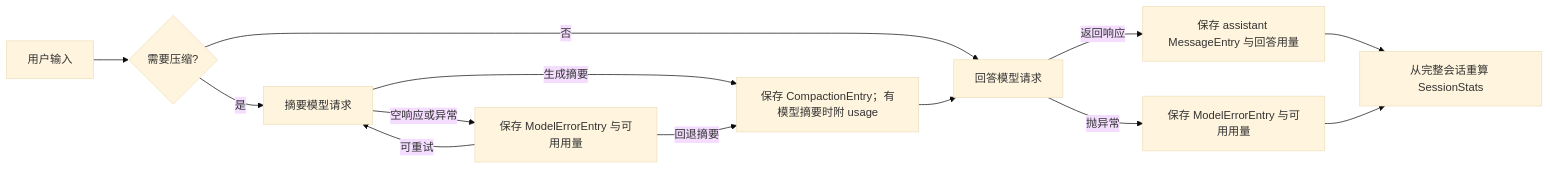
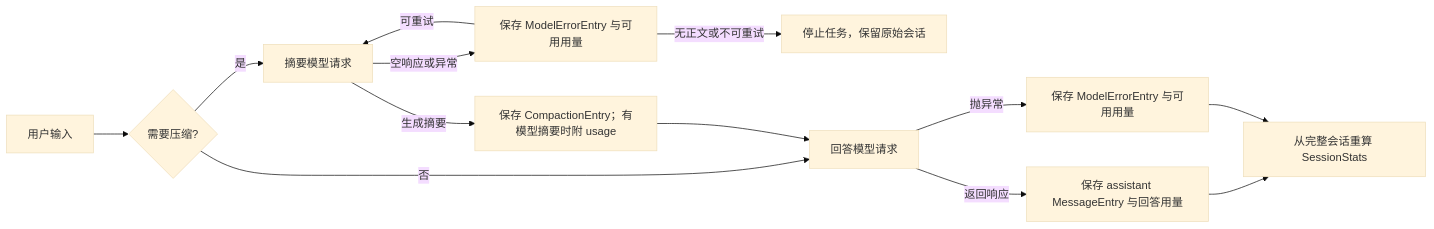
Before and after one commit to liuying151203-create/zero2pi: the first of 2 diagrams in s11_runtime_observability/README.md, drawn with Mermaid (base theme). The commit also changed other lines of this file and 13 other files, not shown here.

````diff
--- a/s11_runtime_observability/README.md
+++ b/s11_runtime_observability/README.md
@@ -35,15 +37,15 @@
 ```mermaid
 flowchart LR
     A[用户输入] --> B{需要压缩?}
     B -- 是 --> C[摘要模型请求]
     C -- 生成摘要 --> D[保存 CompactionEntry；有模型摘要时附 usage]
     C -- 空响应或异常 --> J[保存 ModelErrorEntry 与可用用量]
     J -- 可重试 --> C
-    J -- 回退摘要 --> D
+    J -- 无正文或不可重试 --> K[停止任务，保留原始会话]
     B -- 否 --> E[回答模型请求]
     D --> E
     E -- 返回响应 --> F[保存 assistant MessageEntry 与回答用量]
     E -- 抛异常 --> G[保存 ModelErrorEntry 与可用用量]
     F --> H[从完整会话重算 SessionStats]
     G --> H
 ```
````
